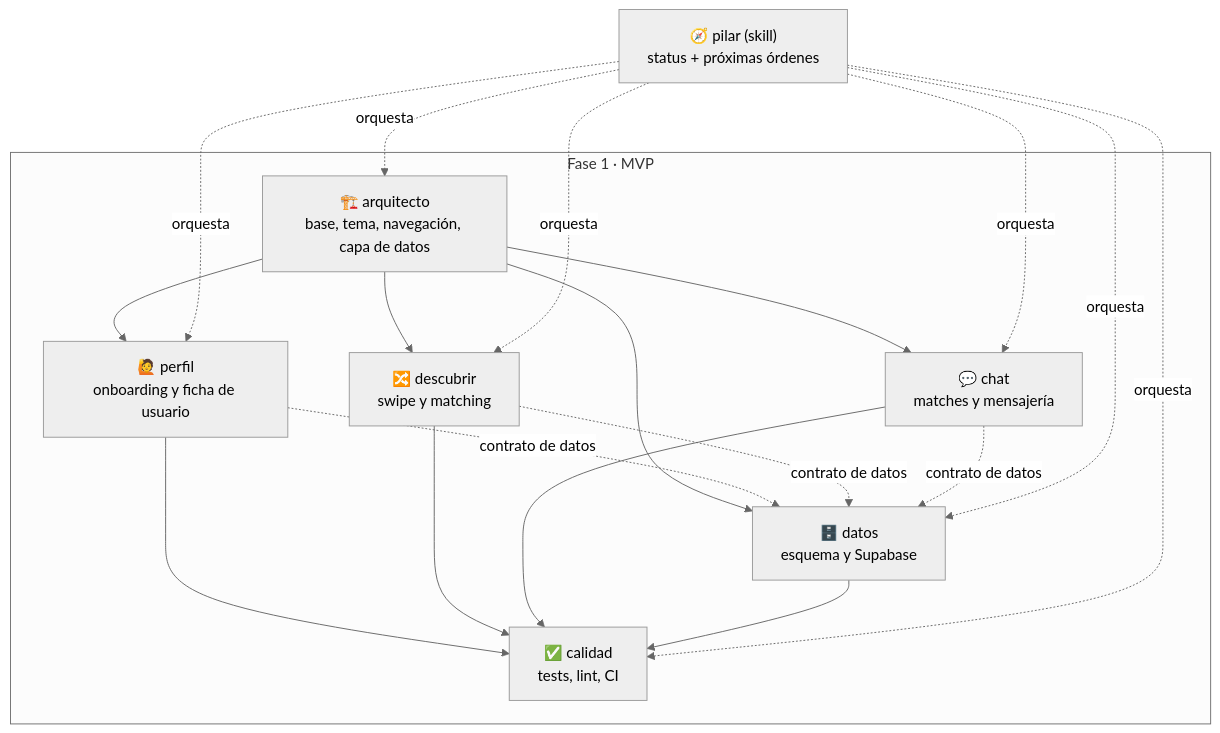
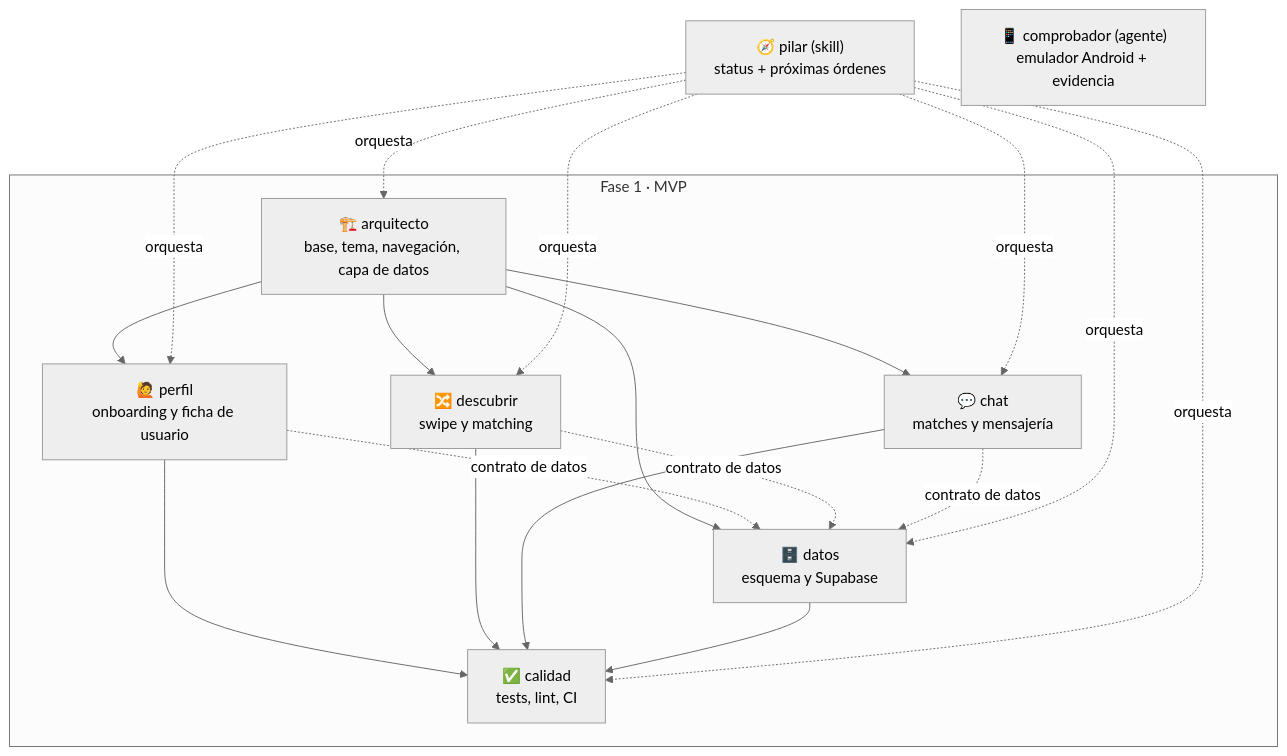
One commit to thejowe/lockin changed the diagram in docs/plan/PLAN.md. Above: the diagram before and after it, drawn with Mermaid (neutral theme). The commit also changed other lines of this file and 8 other files, not shown here.

First line of the commit message:
docs(plan): agente comprobador para las comprobaciones en dispositivo

````diff
--- a/docs/plan/PLAN.md
+++ b/docs/plan/PLAN.md
@@ -39,30 +61,31 @@
 ```mermaid
 flowchart TD
     subgraph FASE1["Fase 1 · MVP"]
         ARQ["🏗️ arquitecto<br/>base, tema, navegación, capa de datos"]
         PERFIL["🙋 perfil<br/>onboarding y ficha de usuario"]
         DESCUBRIR["🔀 descubrir<br/>swipe y matching"]
         CHAT["💬 chat<br/>matches y mensajería"]
         DATOS["🗄️ datos<br/>esquema y Supabase"]
         CALIDAD["✅ calidad<br/>tests, lint, CI"]
     end
     PILAR["🧭 pilar (skill)<br/>status + próximas órdenes"]
+    COMPROBADOR["📱 comprobador (agente)<br/>emulador Android + evidencia"]
 
     ARQ --> PERFIL
     ARQ --> DESCUBRIR
     ARQ --> CHAT
     ARQ --> DATOS
     PERFIL -. contrato de datos .-> DATOS
     DESCUBRIR -. contrato de datos .-> DATOS
     CHAT -. contrato de datos .-> DATOS
     PERFIL --> CALIDAD
     DESCUBRIR --> CALIDAD
     CHAT --> CALIDAD
     DATOS --> CALIDAD
     PILAR -. orquesta .-> ARQ
     PILAR -. orquesta .-> PERFIL
     PILAR -. orquesta .-> DESCUBRIR
     PILAR -. orquesta .-> CHAT
     PILAR -. orquesta .-> DATOS
     PILAR -. orquesta .-> CALIDAD
 ```
````
